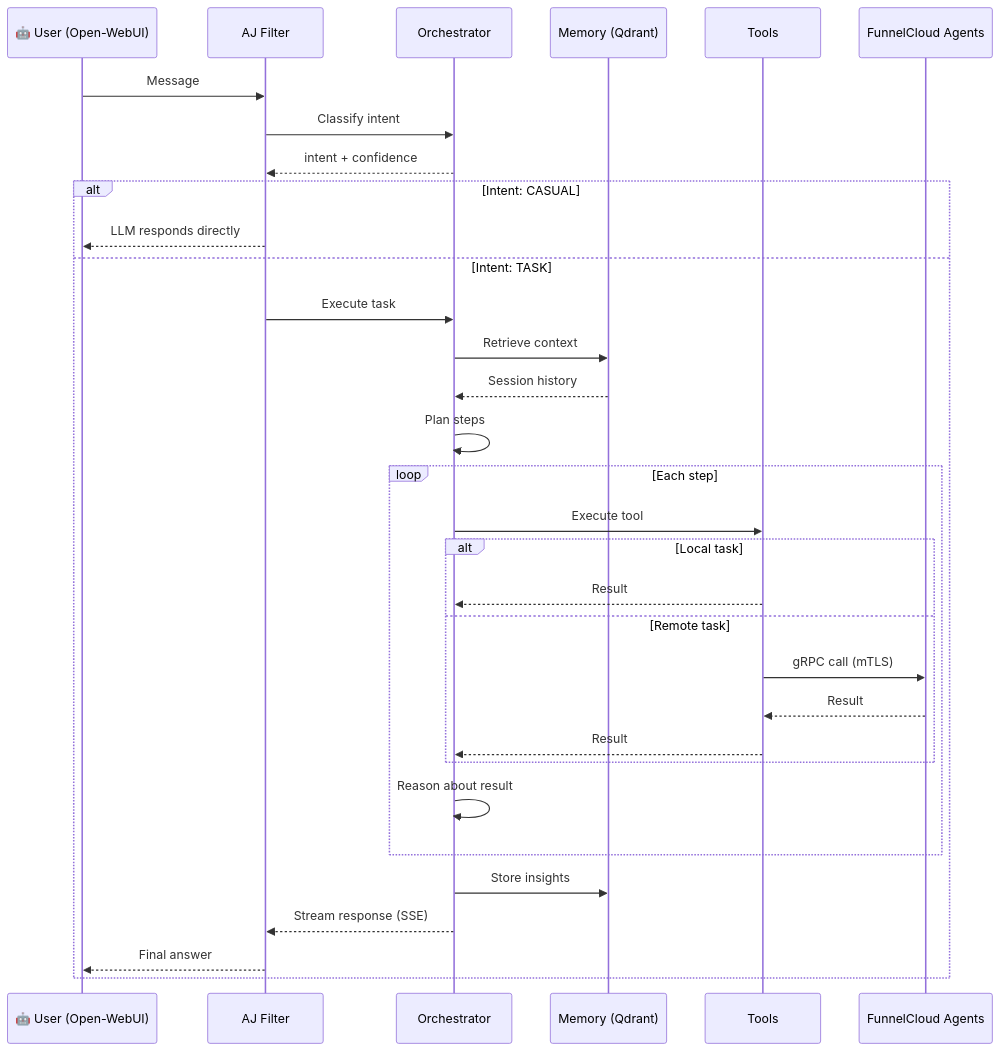
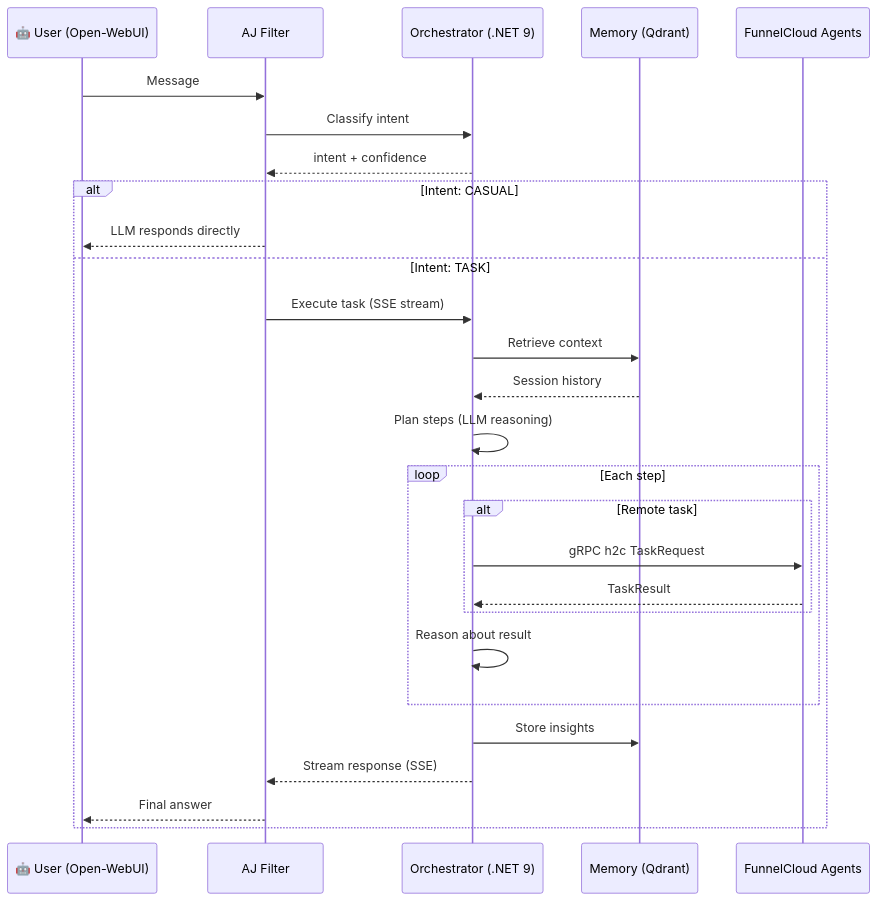
The first of 4 diagrams in README.md (ianwesterfield/aj.westerfield.cloud), drawn with Mermaid before and after one commit. The commit also changed other lines of this file and 125 other files, not shown here.

````diff
--- a/README.md
+++ b/README.md
@@ -71,36 +72,31 @@
 ```mermaid
 sequenceDiagram
     participant U as 🤖 User (Open-WebUI)
     participant F as AJ Filter
-    participant O as Orchestrator
+    participant O as Orchestrator (.NET 9)
     participant M as Memory (Qdrant)
-    participant T as Tools
     participant A as FunnelCloud Agents
 
     U->>F: Message
     F->>O: Classify intent
     O-->>F: intent + confidence
 
     alt Intent: CASUAL
         F-->>U: LLM responds directly
     else Intent: TASK
-        F->>O: Execute task
+        F->>O: Execute task (SSE stream)
         O->>M: Retrieve context
         M-->>O: Session history
-        O->>O: Plan steps
+        O->>O: Plan steps (LLM reasoning)
         loop Each step
-            O->>T: Execute tool
-            alt Local task
-                T-->>O: Result
-            else Remote task
-                T->>A: gRPC call (mTLS)
-                A-->>T: Result
-                T-->>O: Result
+            alt Remote task
+                O->>A: gRPC h2c TaskRequest
+                A-->>O: TaskResult
             end
             O->>O: Reason about result
         end
         O->>M: Store insights
         O-->>F: Stream response (SSE)
         F-->>U: Final answer
     end
 ```
````
